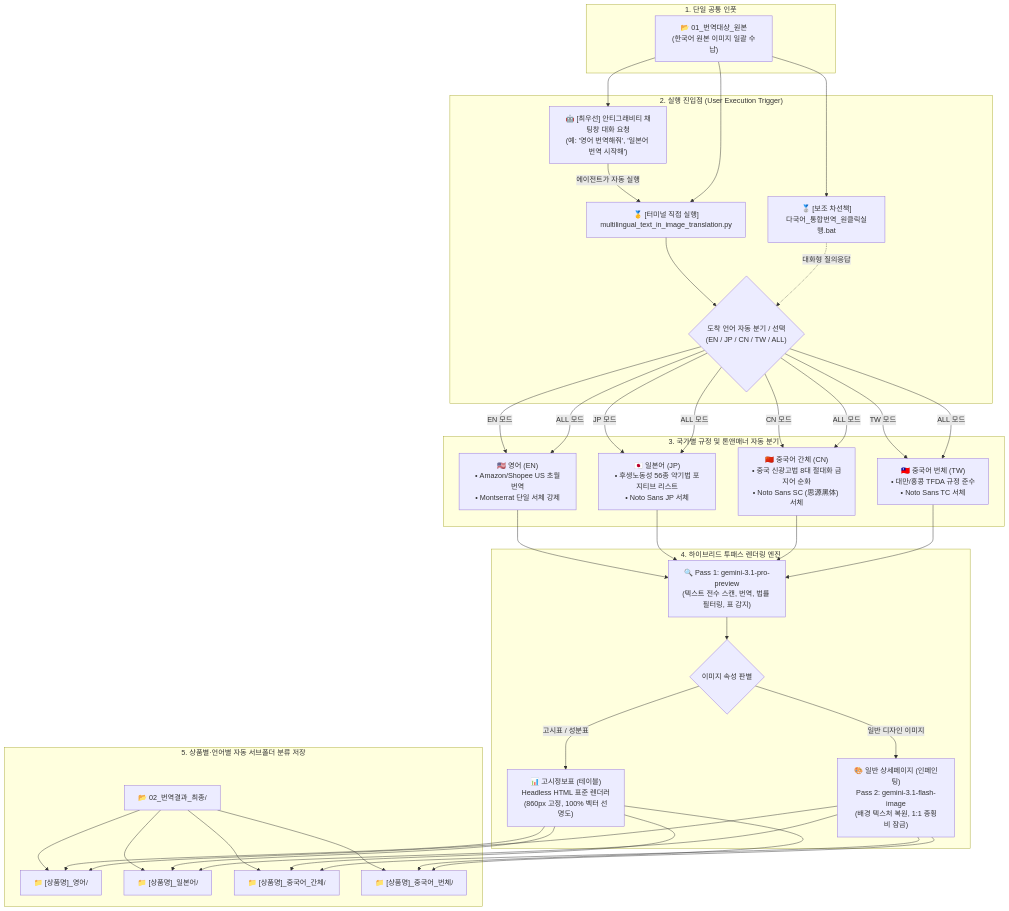
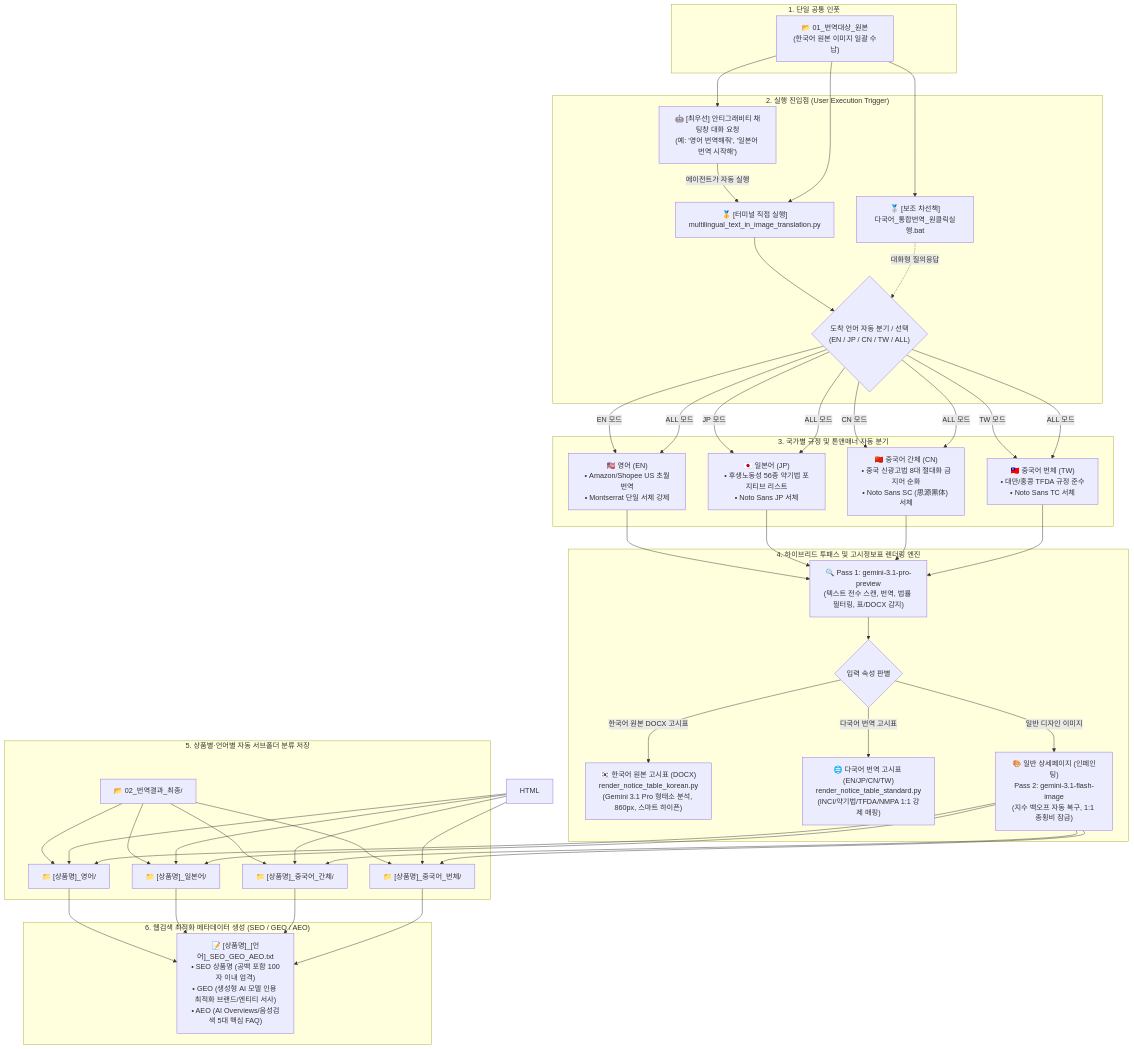
One commit to euntaewoo/PANDORA changed the diagram in multilingual_text_in_image_translation/README.md. Above: the diagram before and after it, drawn with Mermaid. The commit also changed 7 other files, not shown here.

Commit message:
feat(tw-translation): complete batch translation for Multi-Corrective Eye Cream into Traditional Chinese excluding spec table from inpainting

````diff
--- a/multilingual_text_in_image_translation/README.md
+++ b/multilingual_text_in_image_translation/README.md
@@ -16,55 +16,62 @@
 ```mermaid
 flowchart TD
     subgraph S1["1. 단일 공통 인풋"]
         IN["📂 01_번역대상_원본<br/>(한국어 원본 이미지 일괄 수납)"]
     end
 
     subgraph S2["2. 실행 진입점 (User Execution Trigger)"]
         AGENT["🤖 [최우선] 안티그래비티 채팅창 대화 요청<br/>(예: '영어 번역해줘', '일본어 번역 시작해')"]
         P_MAIN["🥇 [터미널 직접 실행]<br/>multilingual_text_in_image_translation.py"]
         BAT_SUB["🥈 [보조 차선책]<br/>다국어_통합번역_원클릭실행.bat"]
         
         AGENT -->|에이전트가 자동 실행| P_MAIN
         P_MAIN --> PROMPT{"도착 언어 자동 분기 / 선택<br/>(EN / JP / CN / TW / ALL)"}
         BAT_SUB -.->|대화형 질의응답| PROMPT
     end
 
     subgraph S3["3. 국가별 규정 및 톤앤매너 자동 분기"]
         EN["🇺🇸 영어 (EN)<br/>• Amazon/Shopee US 초월번역<br/>• Montserrat 단일 서체 강제"]
         JP["🇯🇵 일본어 (JP)<br/>• 후생노동성 56종 약기법 포지티브 리스트<br/>• Noto Sans JP 서체"]
         CN["🇨🇳 중국어 간체 (CN)<br/>• 중국 신광고법 8대 절대화 금지어 순화<br/>• Noto Sans SC (思源黑体) 서체"]
         TW["🇹🇼 중국어 번체 (TW)<br/>• 대만/홍콩 TFDA 규정 준수<br/>• Noto Sans TC 서체"]
     end
 
-    subgraph S4["4. 하이브리드 투패스 렌더링 엔진"]
-        P1["🔍 Pass 1: gemini-3.1-pro-preview<br/>(텍스트 전수 스캔, 번역, 법률 필터링, 표 감지)"]
-        DECIDE{"이미지 속성 판별"}
+    subgraph S4["4. 하이브리드 투패스 및 고시정보표 렌더링 엔진"]
+        P1["🔍 Pass 1: gemini-3.1-pro-preview<br/>(텍스트 전수 스캔, 번역, 법률 필터링, 표/DOCX 감지)"]
+        DECIDE{"입력 속성 판별"}
         
-        HTML["📊 고시정보표 (테이블)<br/>Headless HTML 표준 렌더러<br/>(860px 고정, 100% 벡터 선명도)"]
-        P2["🎨 일반 상세페이지 (인페인팅)<br/>Pass 2: gemini-3.1-flash-image<br/>(배경 텍스처 복원, 1:1 종횡비 잠금)"]
+        HTML_KR["🇰🇷 한국어 원본 고시표 (DOCX)<br/>render_notice_table_korean.py<br/>(Gemini 3.1 Pro 형태소 분석, 860px, 스마트 하이픈)"]
+        HTML_MULTI["🌐 다국어 번역 고시표 (EN/JP/CN/TW)<br/>render_notice_table_standard.py<br/>(INCI/약기법/TFDA/NMPA 1:1 강제 매핑)"]
+        P2["🎨 일반 상세페이지 (인페인팅)<br/>Pass 2: gemini-3.1-flash-image<br/>(지수 백오프 자동 복구, 1:1 종횡비 잠금)"]
         
         P1 --> DECIDE
-        DECIDE -->|고시표 / 성분표| HTML
+        DECIDE -->|한국어 원본 DOCX 고시표| HTML_KR
+        DECIDE -->|다국어 번역 고시표| HTML_MULTI
         DECIDE -->|일반 디자인 이미지| P2
     end
 
     subgraph S5["5. 상품별·언어별 자동 서브폴더 분류 저장"]
         OUT["📂 02_번역결과_최종/"]
         OUT1["📁 [상품명]_영어/"]
         OUT2["📁 [상품명]_일본어/"]
         OUT3["📁 [상품명]_중국어_간체/"]
         OUT4["📁 [상품명]_중국어_번체/"]
         
         OUT --> OUT1 & OUT2 & OUT3 & OUT4
     end
 
+    subgraph S6["6. 웹검색 최적화 메타데이터 생성 (SEO / GEO / AEO)"]
+        TXT["📝 [상품명]_[언어]_SEO_GEO_AEO.txt<br/>• SEO 상품명 (공백 포함 100자 이내 엄격)<br/>• GEO (생성형 AI 모델 인용 최적화 브랜드/엔티티 서사)<br/>• AEO (AI Overviews/음성검색 5대 핵심 FAQ)"]
+        OUT1 & OUT2 & OUT3 & OUT4 --> TXT
+    end
+
     IN --> AGENT & P_MAIN & BAT_SUB
     PROMPT -->|EN 모드| EN
     PROMPT -->|JP 모드| JP
     PROMPT -->|CN 모드| CN
     PROMPT -->|TW 모드| TW
     PROMPT -->|ALL 모드| EN & JP & CN & TW
 
     EN & JP & CN & TW --> P1
     HTML & P2 --> OUT1 & OUT2 & OUT3 & OUT4
 ```
````
